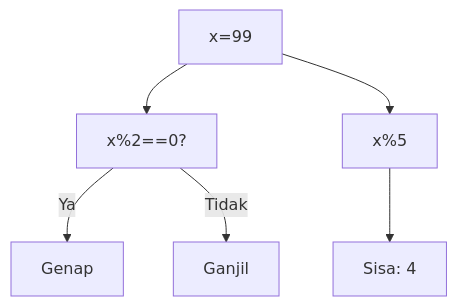
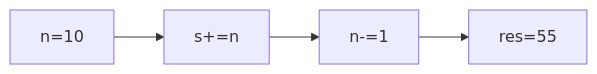
The first of 25 diagrams in part-c-pemahaman-cpp/03-perulangan/latihan/set-01.md (amnahwaida/OSNK_INF_PREP), drawn with Mermaid before and after one commit. The commit also changed other lines of this file and 71 other files, not shown here.

````diff
--- a/part-c-pemahaman-cpp/03-perulangan/latihan/set-01.md
+++ b/part-c-pemahaman-cpp/03-perulangan/latihan/set-01.md
@@ -59,8 +21,6 @@
 ```mermaid
-graph TD
-A["x=99"] --> B["x%2==0?"]
-B -- Ya --> C["Genap"]
-B -- Tidak --> D["Ganjil"]
-A --> E["x%5"]
-E --> F["Sisa: 4"]
+graph LR
+A["n=10"] --> B["s+=n"]
+B --> C["n-=1"]
+C --> D["res=55"]
 ```
````
